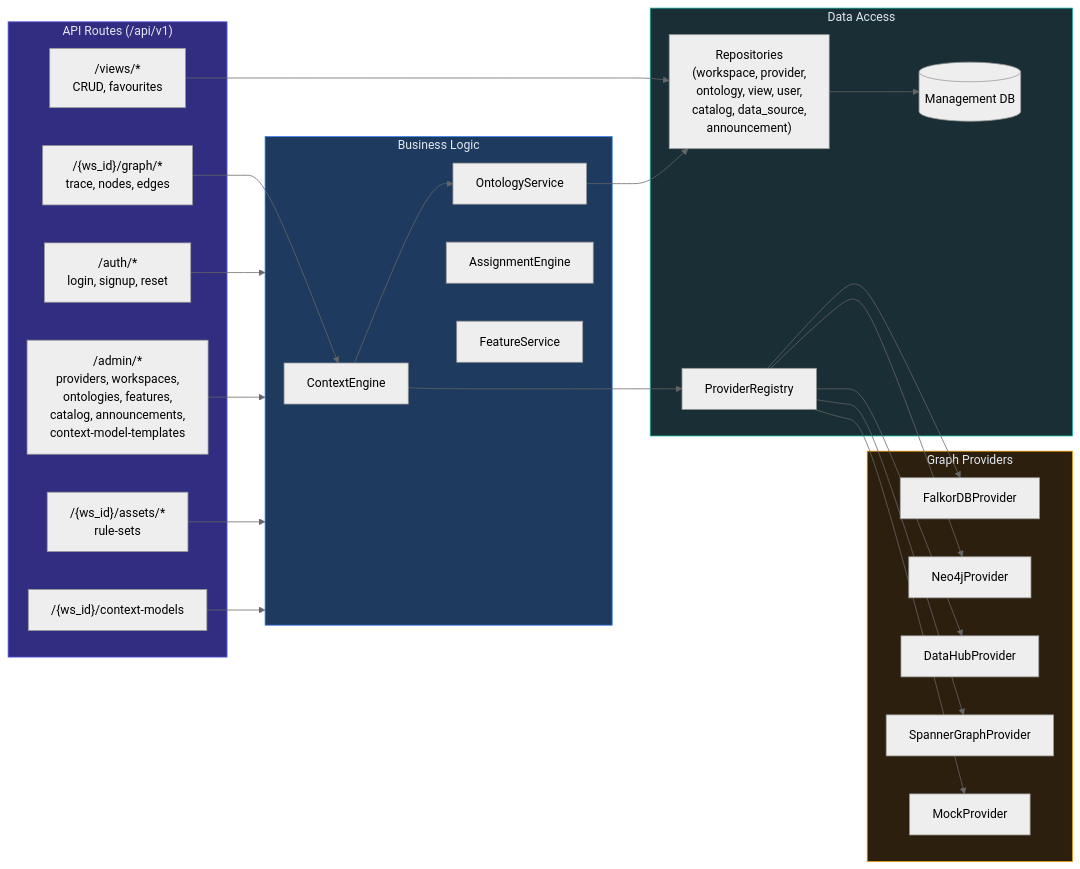
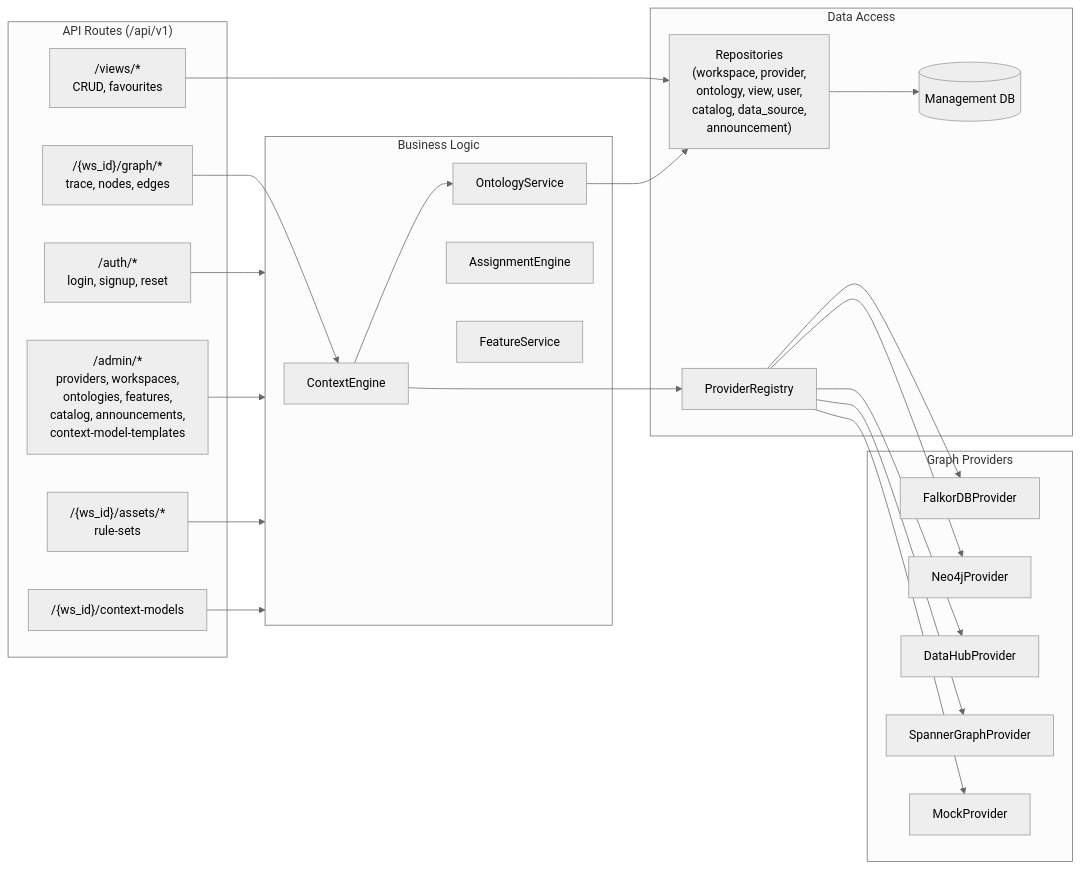
The third of 6 diagrams in docs/ARCHITECTURE.md (rkrumins/dataviz), drawn with Mermaid (neutral theme) before and after one commit. The commit also changed other lines of this file and 46 other files, not shown here.

````diff
--- a/docs/ARCHITECTURE.md
+++ b/docs/ARCHITECTURE.md
@@ -198,55 +195,51 @@
 ```mermaid
 graph LR
     subgraph Routes["API Routes (/api/v1)"]
         AuthR["/auth/*<br/>login, signup, reset"]
         AdminR["/admin/*<br/>providers, workspaces,<br/>ontologies, features,<br/>catalog, announcements,<br/>context-model-templates"]
         GraphR["/{ws_id}/graph/*<br/>trace, nodes, edges"]
         ViewR["/views/*<br/>CRUD, favourites"]
         AssetR["/{ws_id}/assets/*<br/>rule-sets"]
         CMR["/{ws_id}/context-models"]
     end
 
     subgraph Services["Business Logic"]
         CE2[ContextEngine]
         OntSvc[OntologyService]
         AssignEng[AssignmentEngine]
         FeatSvc[FeatureService]
     end
 
     subgraph Data["Data Access"]
         PR2[ProviderRegistry]
         RepoLayer["Repositories<br/>(workspace, provider,<br/>ontology, view, user,<br/>catalog, data_source,<br/>announcement)"]
         DB2[(Management DB)]
     end
 
     subgraph Providers["Graph Providers"]
         FP[FalkorDBProvider]
         NP[Neo4jProvider]
         DP[DataHubProvider]
         SP[SpannerGraphProvider]
         MP[MockProvider]
     end
 
     AuthR --> Services
     AdminR --> Services
     GraphR --> CE2
     ViewR --> RepoLayer
     AssetR --> Services
     CMR --> Services
 
     CE2 --> PR2
     CE2 --> OntSvc
     OntSvc --> RepoLayer
     RepoLayer --> DB2
 
     PR2 --> FP
     PR2 --> NP
     PR2 --> DP
     PR2 --> SP
     PR2 --> MP
 
-    style Routes fill:#312e81,stroke:#6366f1,color:#e2e8f0
-    style Services fill:#1e3a5f,stroke:#3b82f6,color:#e2e8f0
-    style Data fill:#1a2e35,stroke:#14b8a6,color:#e2e8f0
-    style Providers fill:#2d1f0e,stroke:#f59e0b,color:#e2e8f0
 ```
````
